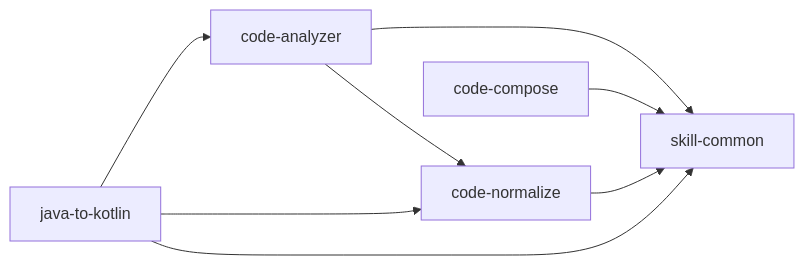
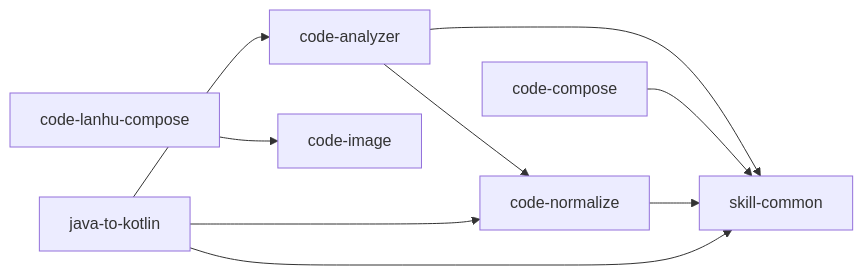
One commit to xjxlx/skills changed the diagram in SKILLS_CATALOG.md. Above: the diagram before and after it, drawn with Mermaid. The commit also changed other lines of this file and 5 other files, not shown here.

First line of the commit message:
SKILLS_CATALOG.md, code-lanhu-compose

````diff
--- a/SKILLS_CATALOG.md
+++ b/SKILLS_CATALOG.md
@@ -20,10 +21,11 @@
 ```mermaid
 graph LR
   code-analyzer --> code-normalize
   code-analyzer --> skill-common
   code-compose --> skill-common
+  code-lanhu-compose --> code-image
   code-normalize --> skill-common
   java-to-kotlin --> code-analyzer
   java-to-kotlin --> code-normalize
   java-to-kotlin --> skill-common
 ```
````
